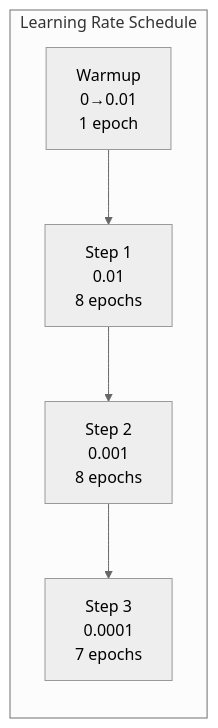
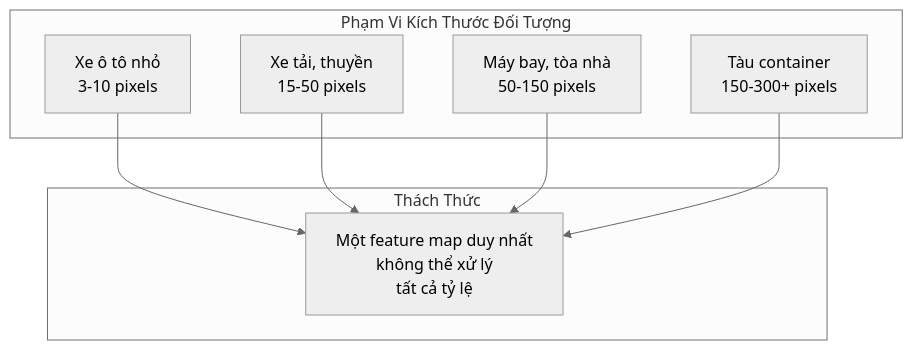
The first of 4 diagrams in research/chuong-06-xview-challenges/muc-01-xview1-object-detection/04-giai-ba.md (rerangst/geobayai_lab), drawn with Mermaid (neutral theme) before and after one commit. The commit also changed other lines of this file and 18 other files, not shown here.

````diff
--- a/research/chuong-06-xview-challenges/muc-01-xview1-object-detection/04-giai-ba.md
+++ b/research/chuong-06-xview-challenges/muc-01-xview1-object-detection/04-giai-ba.md
@@ -782,11 +30,18 @@
 ```mermaid
-graph LR
-    subgraph LR_Schedule["Learning Rate Schedule"]
-        W[Warmup<br/>0→0.01<br/>1 epoch]
-        S1[Step 1<br/>0.01<br/>8 epochs]
-        S2[Step 2<br/>0.001<br/>8 epochs]
-        S3[Step 3<br/>0.0001<br/>7 epochs]
+flowchart TB
+    subgraph SCALE["Phạm Vi Kích Thước Đối Tượng"]
+        S1["Xe ô tô nhỏ<br/>3-10 pixels"]
+        S2["Xe tải, thuyền<br/>15-50 pixels"]
+        S3["Máy bay, tòa nhà<br/>50-150 pixels"]
+        S4["Tàu container<br/>150-300+ pixels"]
     end
 
-    W --> S1 --> S2 --> S3
+    subgraph CHALLENGE["Thách Thức"]
+        C["Một feature map duy nhất<br/>không thể xử lý<br/>tất cả tỷ lệ"]
+    end
+
+    S1 --> C
+    S2 --> C
+    S3 --> C
+    S4 --> C
 ```
````
